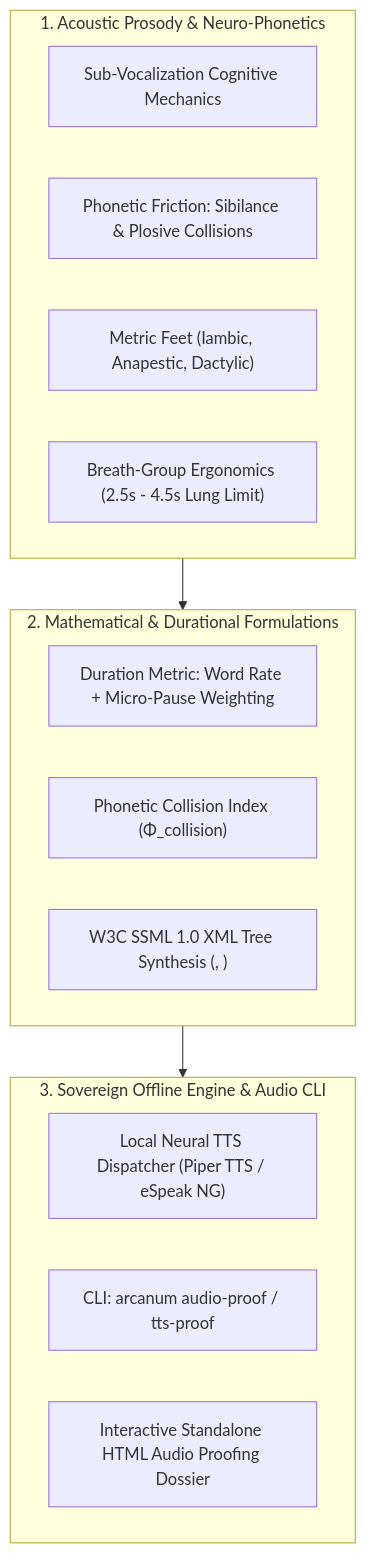
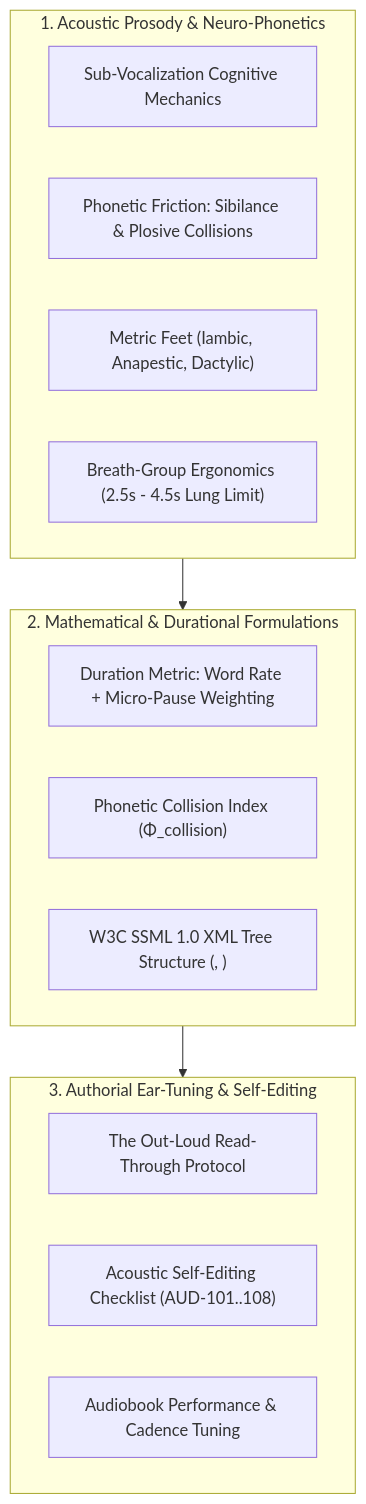
The first of 3 diagrams in docs/AUDIO_PROOF.md (aryansinghnagar/Ars-Arcanum), drawn with Mermaid before and after one commit. The commit also changed other lines of this file and 12 other files, not shown here.

````diff
--- a/docs/AUDIO_PROOF.md
+++ b/docs/AUDIO_PROOF.md
@@ -18,23 +17,23 @@
 ```mermaid
 flowchart TD
     subgraph AcousticTheory["1. Acoustic Prosody & Neuro-Phonetics"]
         SubVocal["Sub-Vocalization Cognitive Mechanics"]
         Phonetics["Phonetic Friction: Sibilance & Plosive Collisions"]
         Prosody["Metric Feet (Iambic, Anapestic, Dactylic)"]
         BreathGroup["Breath-Group Ergonomics (2.5s - 4.5s Lung Limit)"]
     end
 
     subgraph MathematicalAcoustics["2. Mathematical & Durational Formulations"]
         Duration["Duration Metric: Word Rate + Micro-Pause Weighting"]
         CollisionIndex["Phonetic Collision Index (Φ_collision)"]
-        SSMLGen["W3C SSML 1.0 XML Tree Synthesis (<break>, <prosody>)"]
+        SSMLGen["W3C SSML 1.0 XML Tree Structure (<break>, <prosody>)"]
     end
 
-    subgraph OfflineHarness["3. Sovereign Offline Engine & Audio CLI"]
-        LocalTTS["Local Neural TTS Dispatcher (Piper TTS / eSpeak NG)"]
-        LinterCLI["CLI: arcanum audio-proof / tts-proof"]
-        AudioDossier["Interactive Standalone HTML Audio Proofing Dossier"]
+    subgraph EarTuningRubric["3. Authorial Ear-Tuning & Self-Editing"]
+        ReadAloud["The Out-Loud Read-Through Protocol"]
+        AudioLinter["Acoustic Self-Editing Checklist (AUD-101..108)"]
+        AudiobookReadiness["Audiobook Performance & Cadence Tuning"]
     end
 
-    AcousticTheory --> MathematicalAcoustics --> OfflineHarness
+    AcousticTheory --> MathematicalAcoustics --> EarTuningRubric
 ```
````
